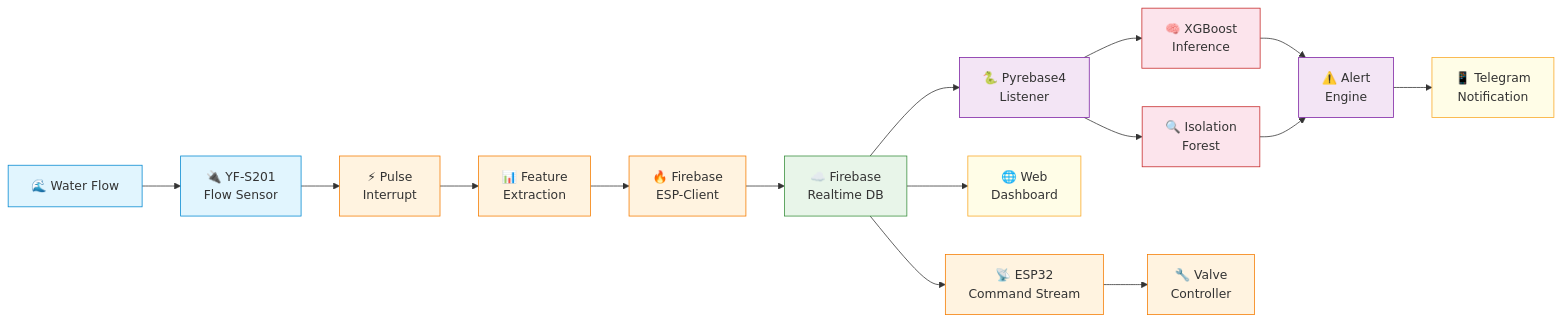
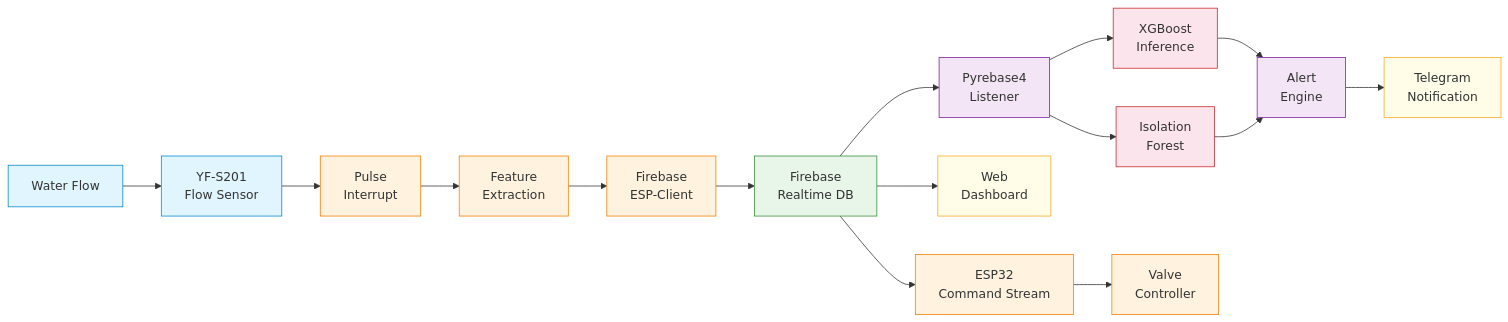
Before and after one commit to qppd/water-meter: the eighth of 8 diagrams in docs/flowchart.md, drawn with Mermaid. The commit also changed other lines of this file and 9 other files, not shown here.

````diff
--- a/docs/flowchart.md
+++ b/docs/flowchart.md
@@ -283,24 +283,24 @@
 ```mermaid
 flowchart LR
-    A[🌊 Water Flow]:::physical --> B[🔌 YF-S201<br/>Flow Sensor]:::physical
-    B --> C[⚡ Pulse<br/>Interrupt]:::firmware
-    C --> D[📊 Feature<br/>Extraction]:::firmware
-    D --> E[🔥 Firebase<br/>ESP-Client]:::firmware
-    E --> F[☁️ Firebase<br/>Realtime DB]:::cloud
-    F --> G[🐍 Pyrebase4<br/>Listener]:::backend
-    G --> H[🧠 XGBoost<br/>Inference]:::ml
-    G --> I[🔍 Isolation<br/>Forest]:::ml
-    H --> J[⚠️ Alert<br/>Engine]:::backend
+    A[ Water Flow]:::physical --> B[ YF-S201<br/>Flow Sensor]:::physical
+    B --> C[ Pulse<br/>Interrupt]:::firmware
+    C --> D[ Feature<br/>Extraction]:::firmware
+    D --> E[ Firebase<br/>ESP-Client]:::firmware
+    E --> F[ Firebase<br/>Realtime DB]:::cloud
+    F --> G[ Pyrebase4<br/>Listener]:::backend
+    G --> H[ XGBoost<br/>Inference]:::ml
+    G --> I[ Isolation<br/>Forest]:::ml
+    H --> J[ Alert<br/>Engine]:::backend
     I --> J
-    J --> K[📱 Telegram<br/>Notification]:::user
-    F --> L[🌐 Web<br/>Dashboard]:::user
-    F --> M[📡 ESP32<br/>Command Stream]:::firmware
-    M --> N[🔧 Valve<br/>Controller]:::firmware
+    J --> K[ Telegram<br/>Notification]:::user
+    F --> L[ Web<br/>Dashboard]:::user
+    F --> M[ ESP32<br/>Command Stream]:::firmware
+    M --> N[ Valve<br/>Controller]:::firmware
     
     classDef physical fill:#e1f5fe,stroke:#0288d1
     classDef firmware fill:#fff3e0,stroke:#f57c00
     classDef cloud fill:#e8f5e9,stroke:#388e3c
     classDef backend fill:#f3e5f5,stroke:#7b1fa2
     classDef ml fill:#fce4ec,stroke:#c62828
     classDef user fill:#fffde7,stroke:#f9a825
 ```
````
